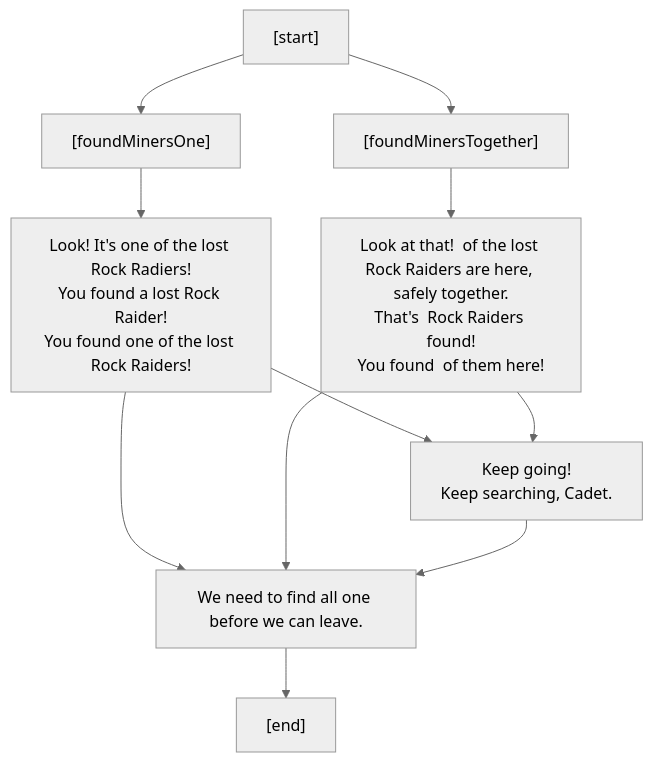
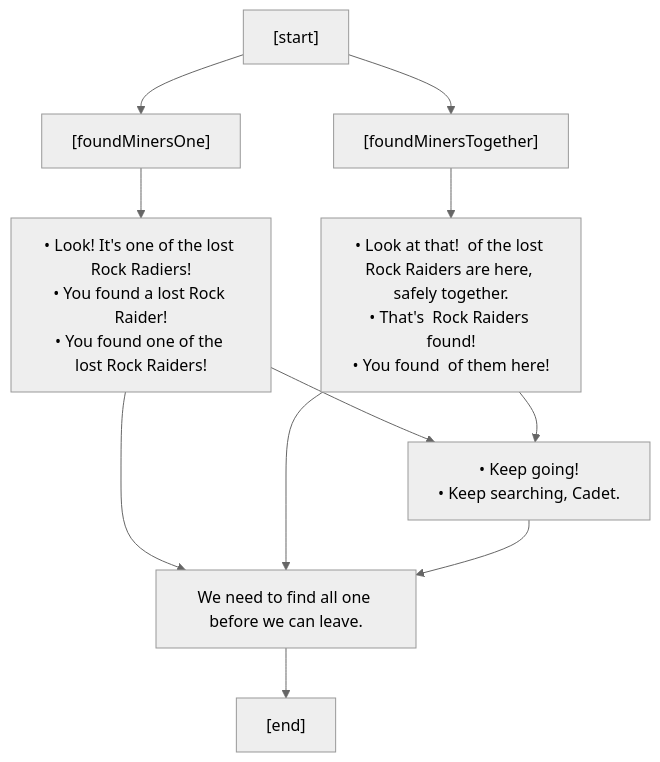
Before and after one commit to charredUtensil/groundhog: the ninth of 14 diagrams in src/core/lore/graphs/events.md, drawn with Mermaid (neutral theme). The commit also changed other lines of this file and 7 other files, not shown here.

````diff
--- a/src/core/lore/graphs/events.md
+++ b/src/core/lore/graphs/events.md
@@ -242,21 +242,21 @@
 ```mermaid
 flowchart TD;
 P0["[start]"]
 P0 --> P1
 P0 --> P3
 P1["[foundMinersOne]"]
 P1 --> P2
-P2["Look! It's one of the lost Rock Radiers!<br/>You found a lost Rock Raider!<br/>You found one of the lost Rock Raiders!"]
+P2["&bull; Look! It's one of the lost Rock Radiers!<br/>&bull; You found a lost Rock Raider!<br/>&bull; You found one of the lost Rock Raiders!"]
 P2 --> P5
 P2 --> P6
 P3["[foundMinersTogether]"]
 P3 --> P4
-P4["Look at that!  of the lost Rock Raiders are here, safely together.<br/>That's  Rock Raiders found!<br/>You found  of them here!"]
+P4["&bull; Look at that!  of the lost Rock Raiders are here, safely together.<br/>&bull; That's  Rock Raiders found!<br/>&bull; You found  of them here!"]
 P4 --> P5
 P4 --> P6
-P5["Keep going!<br/>Keep searching, Cadet."]
+P5["&bull; Keep going!<br/>&bull; Keep searching, Cadet."]
 P5 --> P6
 P6["We need to find all one before we can leave."]
 P6 --> P7
 P7["[end]"]
 ```
````
